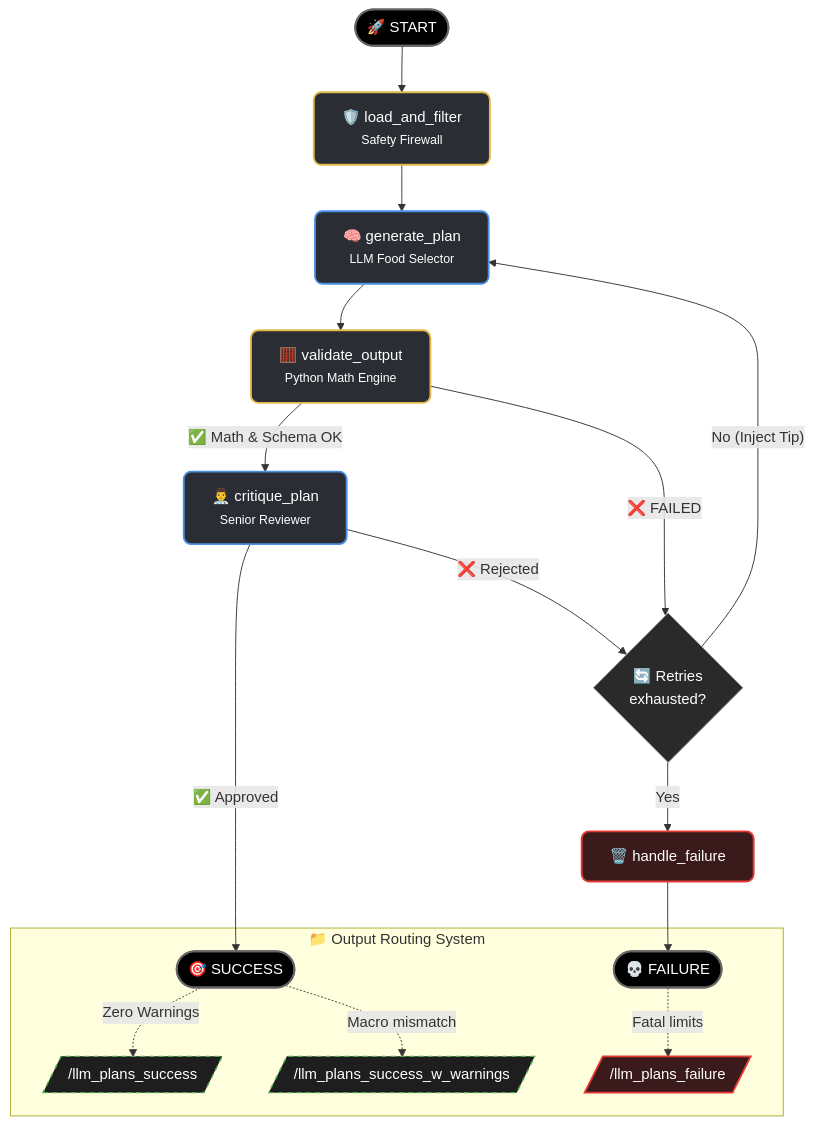
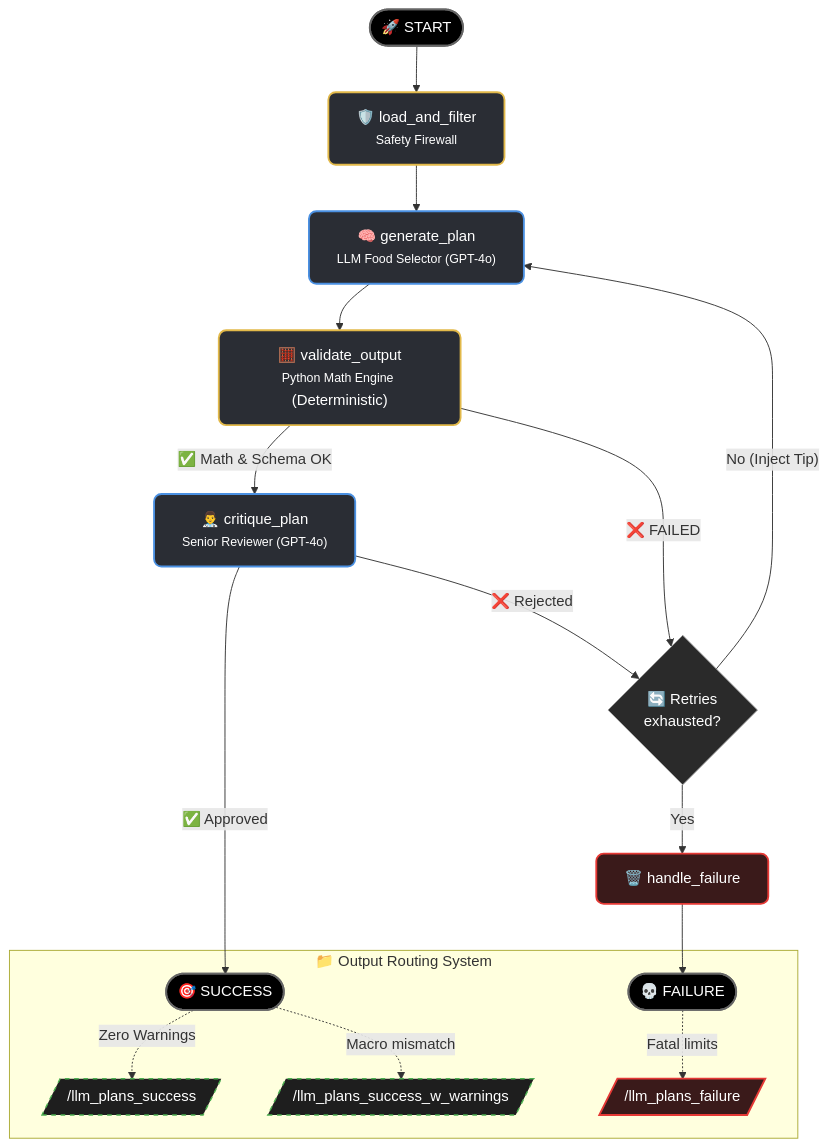
Before and after one commit to xRF06/UseCase_RodrigoRocha_Nutrium: the diagram in README.md, drawn with Mermaid. The commit also changed other lines of this file, not shown here.

Commit message:
docs: update Mermaid diagram labels and remove outdated architecture documentation link in README

````diff
--- a/README.md
+++ b/README.md
@@ -7,35 +7,35 @@
 ```mermaid
 flowchart TD
     %% Global Styles
     classDef default fill:#1E1E1E,stroke:#444,stroke-width:1px,color:#FFF,rx:8px,ry:8px;
     classDef startEnd fill:#000000,stroke:#666,stroke-width:2px,color:#FFF,rx:20px,ry:20px;
     classDef ai fill:#2A2D34,stroke:#4A90E2,stroke-width:2px,color:#FFF;
     classDef python fill:#2A2D34,stroke:#E2B94A,stroke-width:2px,color:#FFF;
     classDef io fill:#1E1E1E,stroke:#4CAF50,stroke-width:1.5px,color:#FFF,stroke-dasharray: 5 5;
     classDef error fill:#3A1A1A,stroke:#E53935,stroke-width:2px,color:#FFF;
     classDef condition fill:#2A2A2A,stroke:#9E9E9E,stroke-width:1px,color:#FFF;
 
     %% Nodes
     START([🚀 START]):::startEnd --> FILTER["🛡️ load_and_filter<br/><small>Safety Firewall</small>"]:::python
     
-    FILTER --> GEN["🧠 generate_plan<br/><small>LLM Food Selector</small>"]:::ai
+    FILTER --> GEN["🧠 generate_plan<br/><small>LLM Food Selector (GPT-4o)</small>"]:::ai
     
-    GEN --> VAL["🧮 validate_output<br/><small>Python Math Engine</small>"]:::python
+    GEN --> VAL["🧮 validate_output<br/><small>Python Math Engine</small> (Deterministic)"]:::python
     
-    VAL -- "✅ Math & Schema OK" --> CRIT["👨‍⚕️ critique_plan<br/><small>Senior Reviewer</small>"]:::ai
+    VAL -- "✅ Math & Schema OK" --> CRIT["👨‍⚕️ critique_plan<br/><small>Senior Reviewer (GPT-4o)</small>"]:::ai
     VAL -- "❌ FAILED" --> RETRY{"🔄 Retries<br/>exhausted?"}:::condition
     
     CRIT -- "✅ Approved" --> SUCC([🎯 SUCCESS]):::startEnd
     CRIT -- "❌ Rejected" --> RETRY
     
     RETRY -- "No (Inject Tip)" --> GEN
     RETRY -- "Yes" --> FAIL_NODE["🗑️ handle_failure"]:::error
     FAIL_NODE --> FAIL_END([💀 FAILURE]):::startEnd
 
     %% Output Routing
     subgraph Routing ["📁 Output Routing System"]
         SUCC -.->|"Zero Warnings"| J_S[/"/llm_plans_success"/]:::io
         SUCC -.->|"Macro mismatch"| J_W[/"/llm_plans_success_w_warnings"/]:::io
         FAIL_END -.->|"Fatal limits"| J_F[/"/llm_plans_failure"/]:::error
     end
 ```
````
